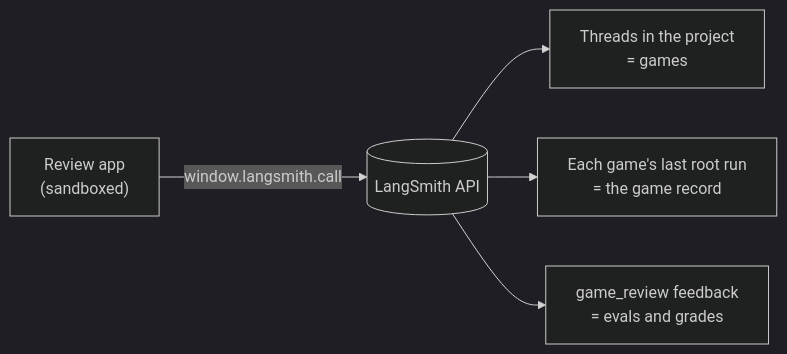
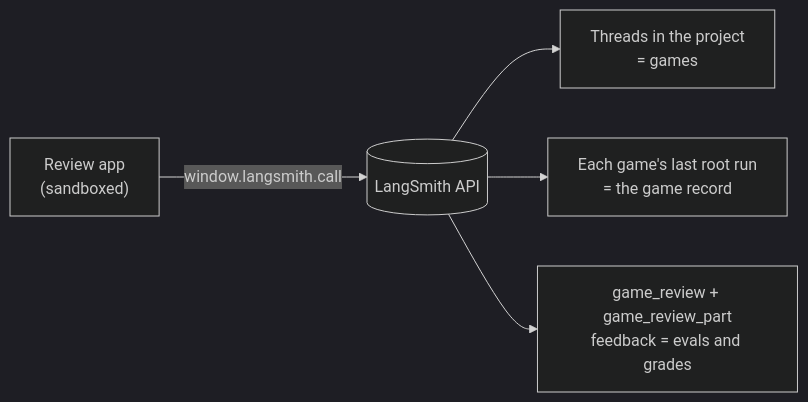
The first of 2 diagrams in apps/review/README.md (darieldatoon/langchain-chess), drawn with Mermaid (dark theme) before and after one commit. The commit also changed other lines of this file and 16 other files, not shown here.

First line of the commit message:
Store the engine review in parts under LangSmith's feedback size cap (#76)

````diff
--- a/apps/review/README.md
+++ b/apps/review/README.md
@@ -31,7 +31,7 @@
 ```mermaid
 flowchart LR
   app["Review app<br/>(sandboxed)"] -- "window.langsmith.call" --> api[("LangSmith API")]
   api --> threads["Threads in the project<br/>= games"]
   api --> runs["Each game's last root run<br/>= the game record"]
-  api --> fb["game_review feedback<br/>= evals and grades"]
+  api --> fb["game_review + game_review_part<br/>feedback = evals and grades"]
 ```
````
